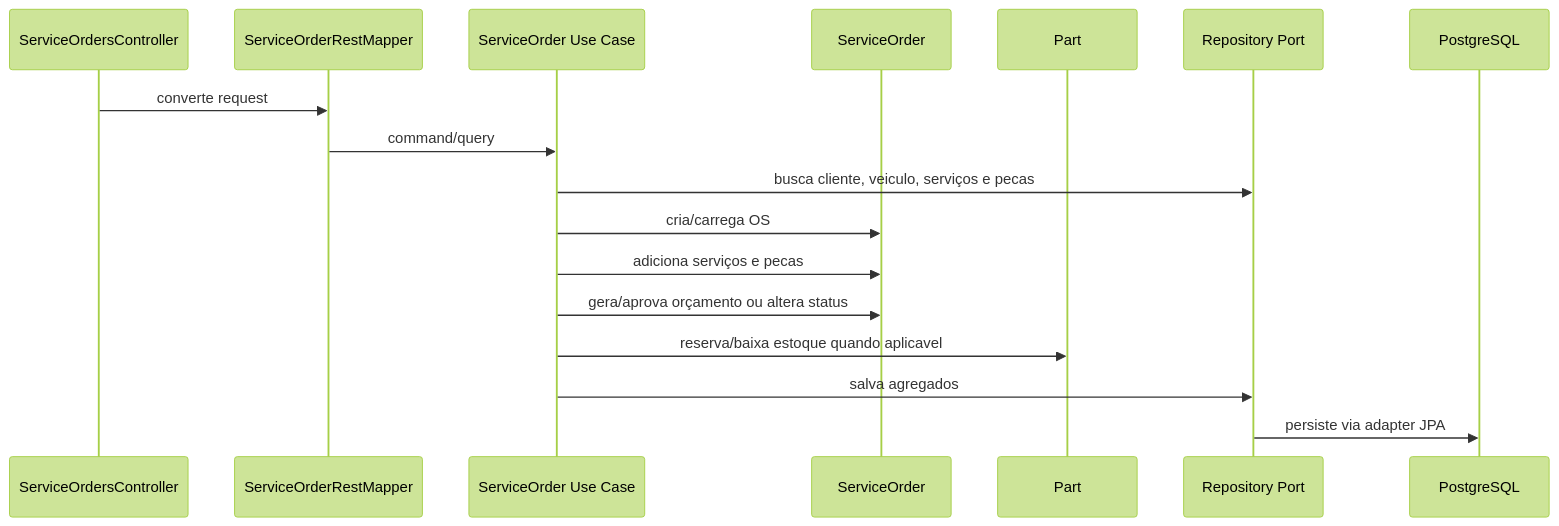
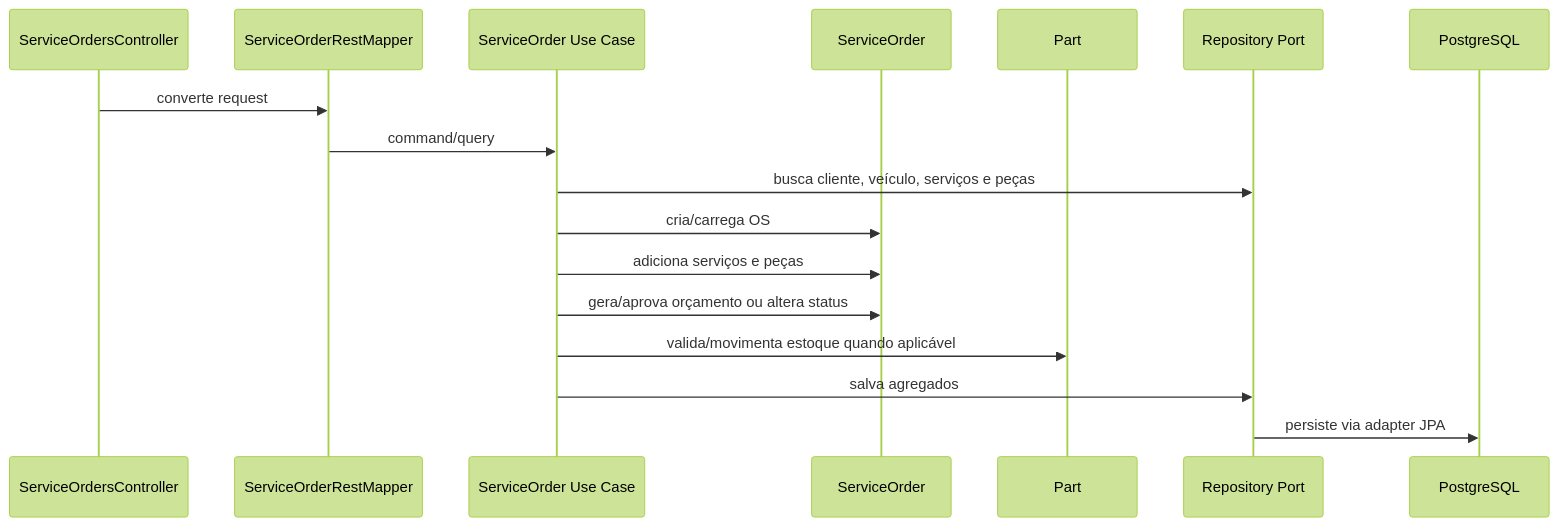
Before and after one commit to yxsbx/SOAT-FIAP: the sixth of 6 diagrams in docs/ARCHITECTURE.md, drawn with Mermaid (forest theme). The commit also changed other lines of this file and 13 other files, not shown here.

````diff
--- a/docs/ARCHITECTURE.md
+++ b/docs/ARCHITECTURE.md
@@ -311,20 +313,20 @@
 ```mermaid
 sequenceDiagram
     participant API as ServiceOrdersController
     participant Mapper as ServiceOrderRestMapper
     participant UC as ServiceOrder Use Case
     participant SO as ServiceOrder
     participant Part as Part
     participant Repo as Repository Port
     participant DB as PostgreSQL
 
     API->>Mapper: converte request
     Mapper->>UC: command/query
-    UC->>Repo: busca cliente, veiculo, serviços e pecas
+    UC->>Repo: busca cliente, veículo, serviços e peças
     UC->>SO: cria/carrega OS
-    UC->>SO: adiciona serviços e pecas
+    UC->>SO: adiciona serviços e peças
     UC->>SO: gera/aprova orçamento ou altera status
-    UC->>Part: reserva/baixa estoque quando aplicavel
+    UC->>Part: valida/movimenta estoque quando aplicável
     UC->>Repo: salva agregados
     Repo->>DB: persiste via adapter JPA
 ```
````
